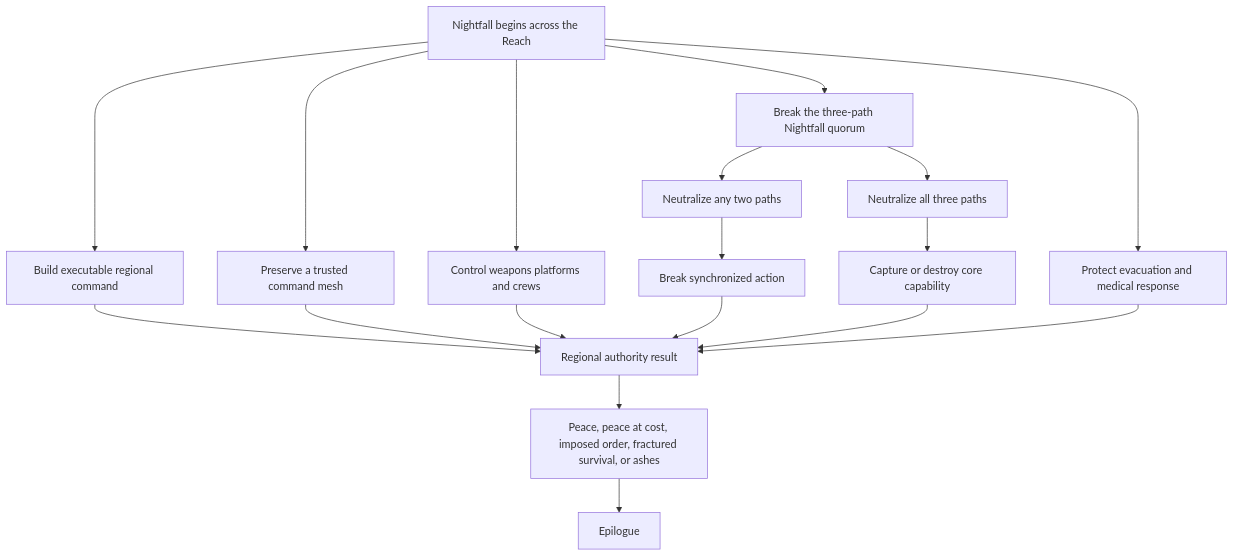
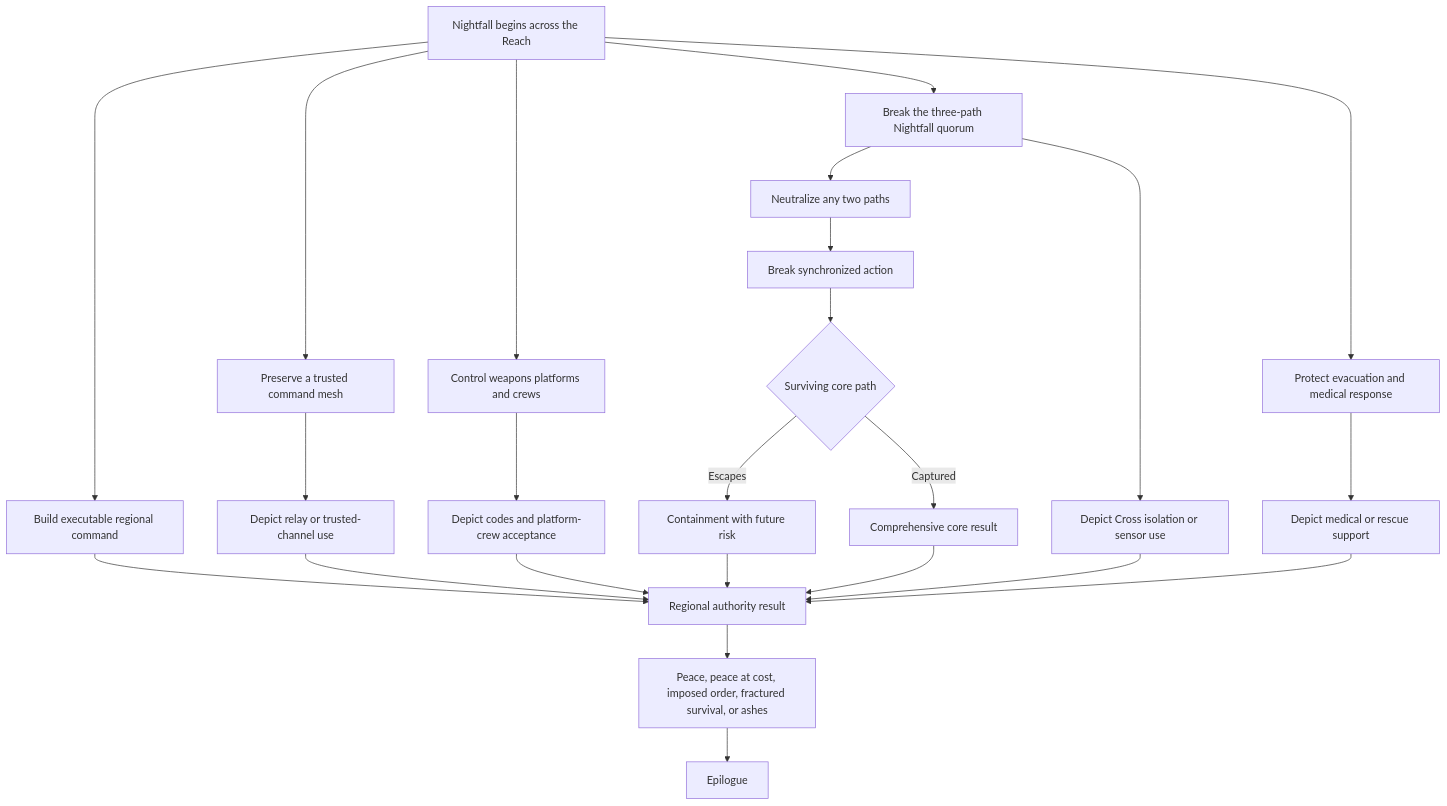
One commit to MentallyQuill/Directive changed diagram 13 of 14 in docs/authoring/ASHES_OF_PEACE_ENRICHMENT.md. Above: the diagram before and after it, drawn with Mermaid. The commit also changed other lines of this file and 4 other files, not shown here.

````diff
--- a/docs/authoring/ASHES_OF_PEACE_ENRICHMENT.md
+++ b/docs/authoring/ASHES_OF_PEACE_ENRICHMENT.md
@@ -611,20 +611,26 @@
 ```mermaid
 flowchart TD
     A[Nightfall begins across the Reach] --> B[Build executable regional command]
     A --> C[Preserve a trusted command mesh]
     A --> D[Control weapons platforms and crews]
     A --> E[Break the three-path Nightfall quorum]
     A --> F[Protect evacuation and medical response]
     E --> G[Neutralize any two paths]
     G --> H[Break synchronized action]
-    E --> I[Neutralize all three paths]
-    I --> J[Capture or destroy core capability]
-    B --> K[Regional authority result]
-    C --> K
-    D --> K
-    H --> K
-    J --> K
-    F --> K
-    K --> L[Peace, peace at cost, imposed order, fractured survival, or ashes]
-    L --> M[Epilogue]
+    H --> I{Surviving core path}
+    I -->|Escapes| J[Containment with future risk]
+    I -->|Captured| K[Comprehensive core result]
+    C --> L[Depict relay or trusted-channel use]
+    D --> M[Depict codes and platform-crew acceptance]
+    E --> N[Depict Cross isolation or sensor use]
+    F --> O[Depict medical or rescue support]
+    B --> P[Regional authority result]
+    L --> P
+    M --> P
+    N --> P
+    O --> P
+    J --> P
+    K --> P
+    P --> Q[Peace, peace at cost, imposed order, fractured survival, or ashes]
+    Q --> R[Epilogue]
 ```
````
